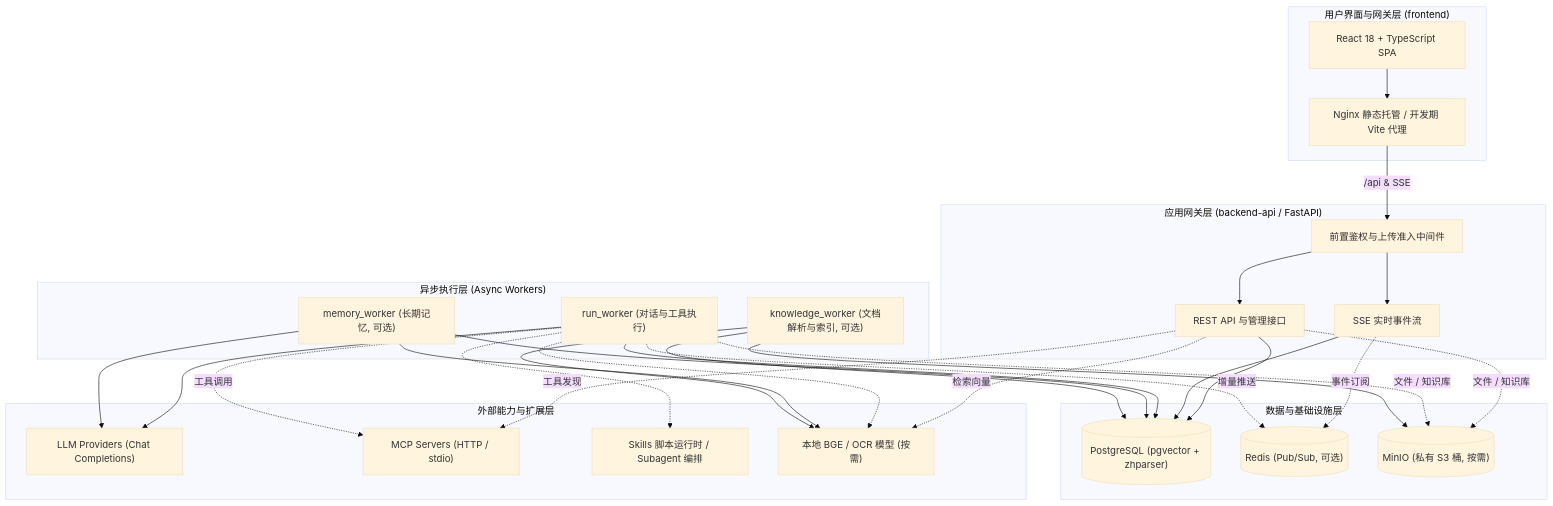
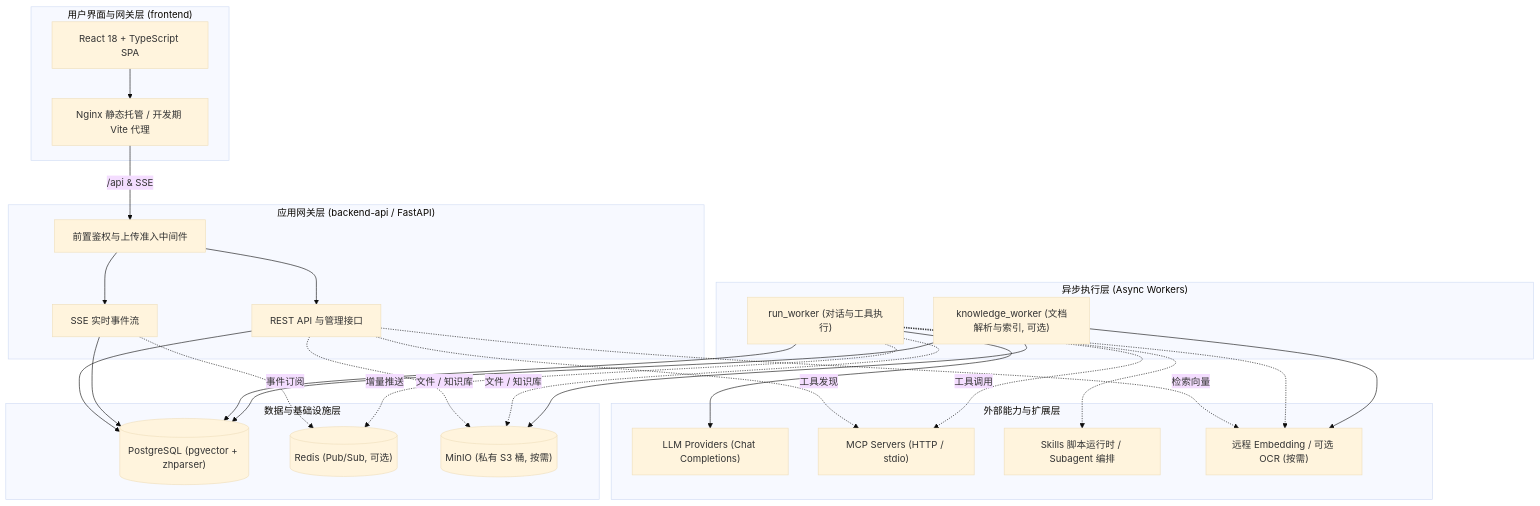
Before and after one commit to doubleu8190/Athena: the diagram in README.md, drawn with Mermaid (base theme). The commit also changed other lines of this file and 104 other files, not shown here.

````diff
--- a/README.md
+++ b/README.md
@@ -61,60 +61,55 @@
 ```mermaid
 flowchart TB
     subgraph UI["用户界面与网关层 (frontend)"]
         SPA["React 18 + TypeScript SPA"]
         Proxy["Nginx 静态托管 / 开发期 Vite 代理"]
     end
 
     subgraph Gateway["应用网关层 (backend-api / FastAPI)"]
         Middleware["前置鉴权与上传准入中间件"]
         RestApi["REST API 与管理接口"]
         SseStream["SSE 实时事件流"]
     end
 
     subgraph Workers["异步执行层 (Async Workers)"]
         RunWorker["run_worker (对话与工具执行)"]
-        MemWorker["memory_worker (长期记忆, 可选)"]
         KbWorker["knowledge_worker (文档解析与索引, 可选)"]
     end
 
     subgraph Ext["外部能力与扩展层"]
         LLM["LLM Providers (Chat Completions)"]
         MCP["MCP Servers (HTTP / stdio)"]
         SkillSubagent["Skills 脚本运行时 / Subagent 编排"]
-        LocalModels["本地 BGE / OCR 模型 (按需)"]
+        RemoteEmbedding["远程 Embedding / 可选 OCR (按需)"]
     end
 
     subgraph Infra["数据与基础设施层"]
         PG[("PostgreSQL (pgvector + zhparser)")]
         Redis[("Redis (Pub/Sub, 可选)")]
         MinIO[("MinIO (私有 S3 桶, 按需)")]
     end
 
     SPA --> Proxy
     Proxy -->|"/api & SSE"| Middleware
     Middleware --> RestApi
     Middleware --> SseStream
 
     RestApi --> PG
     SseStream --> PG
     SseStream -.->|"事件订阅"| Redis
     RestApi -.->|"文件 / 知识库"| MinIO
     RestApi -.->|"工具发现"| MCP
-    RestApi -.->|"检索向量"| LocalModels
+    RestApi -.->|"检索向量"| RemoteEmbedding
 
     RunWorker --> PG
     RunWorker -.->|"增量推送"| Redis
     RunWorker -.->|"文件 / 知识库"| MinIO
     RunWorker --> LLM
     RunWorker -.->|"工具调用"| MCP
     RunWorker -.-> SkillSubagent
-    RunWorker -.-> LocalModels
-
-    MemWorker --> PG
-    MemWorker --> LLM
-    MemWorker --> LocalModels
+    RunWorker -.-> RemoteEmbedding
 
     KbWorker --> PG
     KbWorker --> MinIO
-    KbWorker --> LocalModels
+    KbWorker --> RemoteEmbedding
 ```
````
